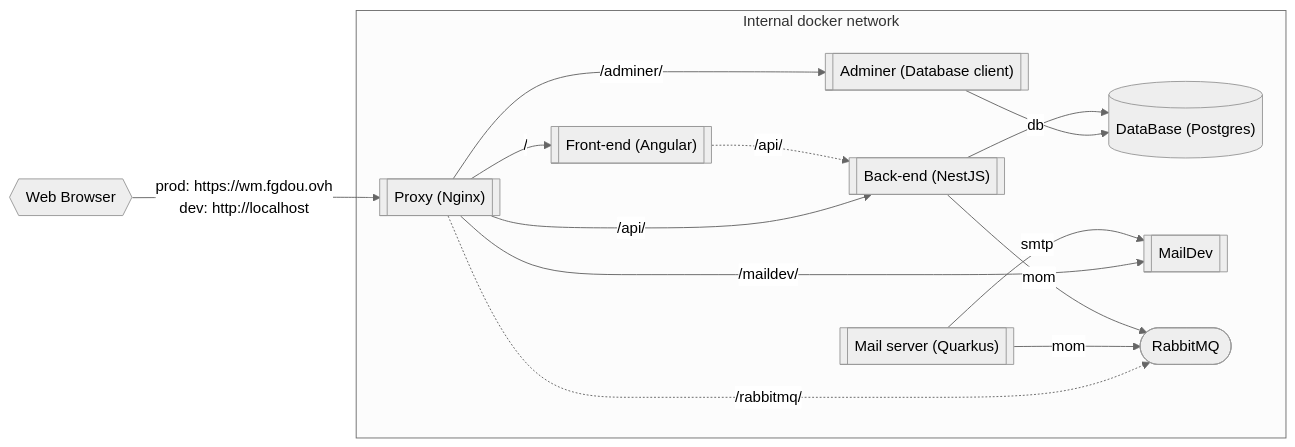
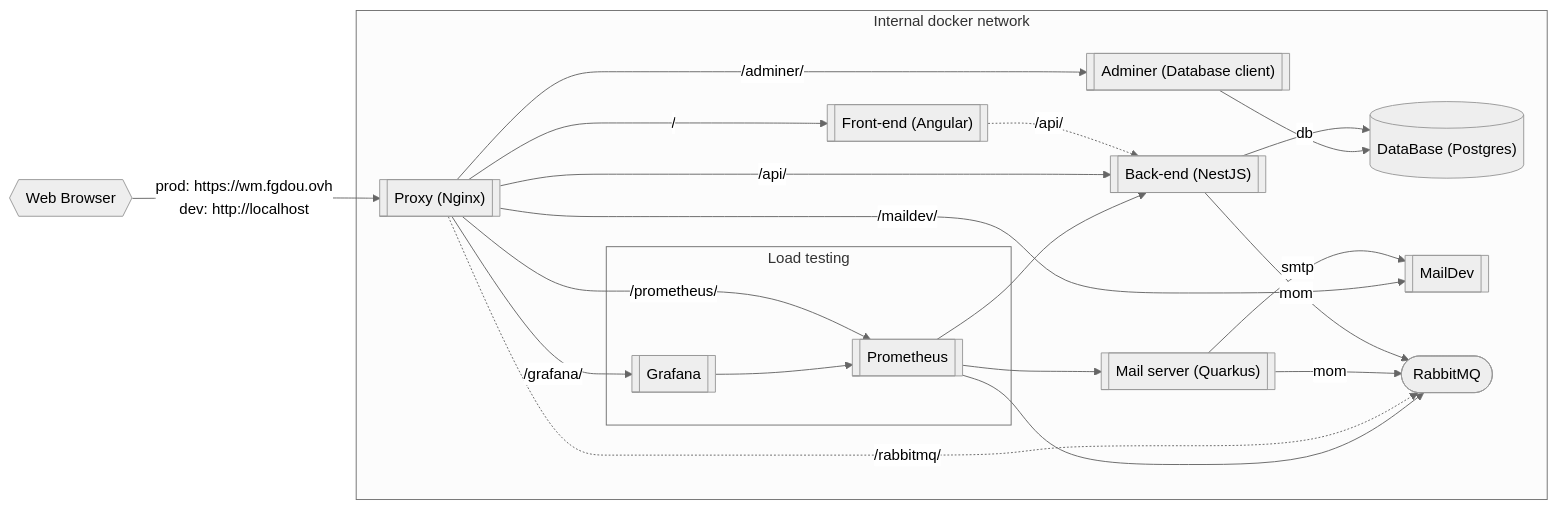
The diagram in doc/services.md (CodyAdam/my-admin-panel), drawn with Mermaid (neutral theme) before and after one commit. The commit also changed other lines of this file and 17 other files, not shown here.

Commit message:
ADD grafana and prometheus

````diff
--- a/doc/services.md
+++ b/doc/services.md
@@ -3,30 +3,43 @@
 ```mermaid
 flowchart LR
     user{{Web Browser}}
     
     subgraph "Internal docker network"
         db[("DataBase (Postgres)")]
         quarkus[["Mail server (Quarkus)"]]
         maildev[["MailDev"]]
         mom(["RabbitMQ"])
         proxy[["Proxy (Nginx)"]]
         front[["Front-end (Angular)"]]
         back[["Back-end (NestJS)"]]
         adminer[["Adminer (Database client)"]]
+        
+        subgraph "Load testing"
+            prometheus[["Prometheus"]]
+            grafana[["Grafana"]]
+        end
     end
     
     user --> | prod: https://wm.fgdou.ovh \n dev: http://localhost | proxy
 
     front .-> | /api/ | back
     back --> |db| db
     back --> |mom| mom
     quarkus --> |mom| mom
     quarkus --> |smtp| maildev
     adminer --> db
     
     proxy --> | /api/ | back
     proxy --> | / | front
     proxy .-> | /rabbitmq/ | mom
     proxy --> | /maildev/ | maildev
-    proxy --> | /adminer/ | adminer 
+    proxy --> | /adminer/ | adminer
+    proxy --> | /prometheus/ | prometheus
+    proxy --> | /grafana/ | grafana
+    
+    prometheus --> back
+    prometheus --> mom
+    prometheus --> quarkus
+    
+    grafana --> prometheus
 ```
````
